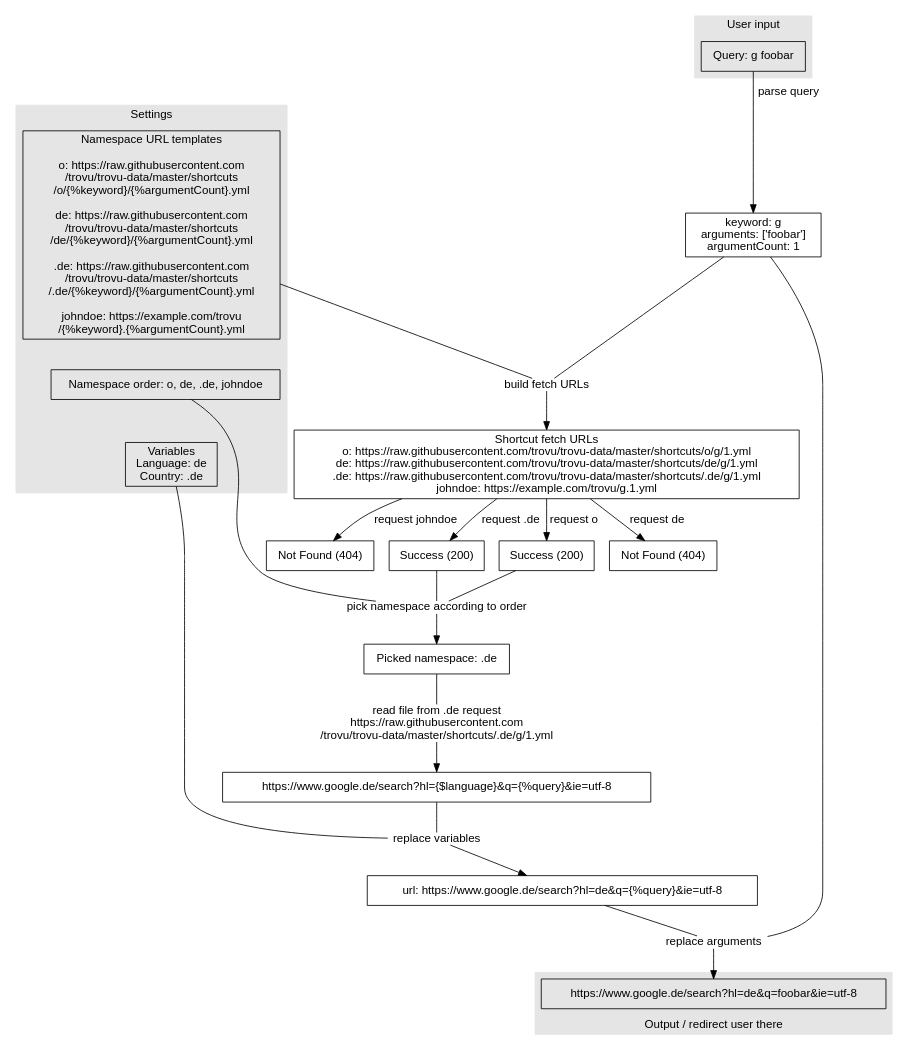
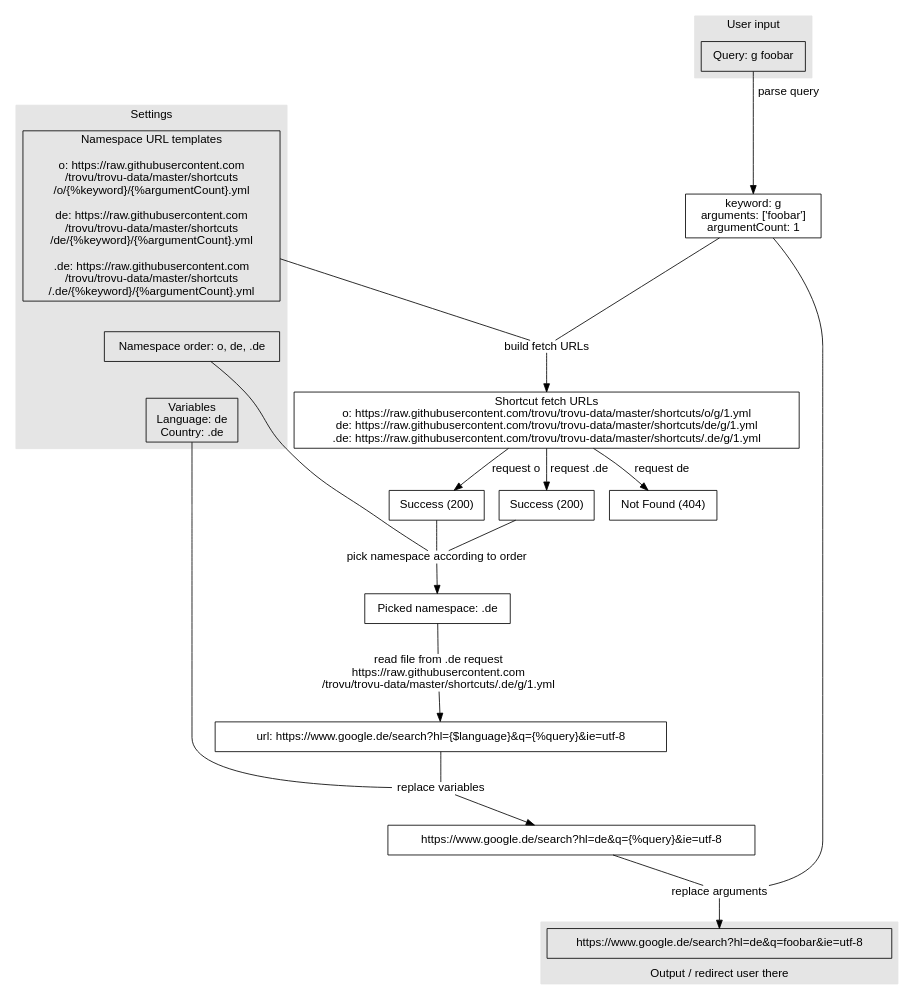
One commit to trovu/trovu.github.io changed the diagram in img/process.basic.dot. Above: the diagram before and after it, drawn with Graphviz.

Commit message:
Remove user.

```diff
--- a/img/process.basic.dot
+++ b/img/process.basic.dot
@@ -1,92 +1,86 @@
 digraph {
 
   node [shape="rectangle"]
   graph [fontname = "helvetica"];
   node [fontname = "helvetica"];
   edge [fontname = "helvetica"];
 
   subgraph cluster_input {
     label="User input";
     style=filled;
     color=gray90;
     query [label="Query: g foobar"];
   }
   subgraph cluster_settings {
     label="Settings";
     style=filled;
     color=gray90;
     namespaceUrlTemplates -> namespaceOrder [style="invis"];
     namespaceOrder ->  variables [style="invis"];
     variables [label="Variables\nLanguage: de\nCountry: .de"]
-    namespaceOrder [label="Namespace order: o, de, .de, johndoe"];
+    namespaceOrder [label="Namespace order: o, de, .de"];
     namespaceUrlTemplates [label="Namespace URL templates
 
 o: https://raw.githubusercontent.com
 /trovu/trovu-data/master/shortcuts
 /o/{%keyword}/{%argumentCount}.yml
 
 de: https://raw.githubusercontent.com
 /trovu/trovu-data/master/shortcuts
 /de/{%keyword}/{%argumentCount}.yml
 
 .de: https://raw.githubusercontent.com
 /trovu/trovu-data/master/shortcuts
 /.de/{%keyword}/{%argumentCount}.yml
-
-johndoe: https://example.com/trovu
-/{%keyword}.{%argumentCount}.yml
 "];
   }
   subgraph cluster_output {
     label="Output / redirect user there";
     labelloc=b;
     style=filled;
     color=gray90;
     redirectUrlReplacedArguments[label="https://www.google.de/search?hl=de&q=foobar&ie=utf-8"]
   }
 
   parsedQuery [label="keyword: g\narguments: ['foobar']\nargumentCount: 1"];
   shortcutFetchUrls [label="Shortcut fetch URLs
 o: https://raw.githubusercontent.com/trovu/trovu-data/master/shortcuts/o/g/1.yml
 de: https://raw.githubusercontent.com/trovu/trovu-data/master/shortcuts/de/g/1.yml
 .de: https://raw.githubusercontent.com/trovu/trovu-data/master/shortcuts/.de/g/1.yml
-johndoe: https://example.com/trovu/g.1.yml
 "];
 
   responseO [label="Success (200)"];
   responseDe [label="Not Found (404)"];
   responseDotDe [label="Success (200)"];
-  responseJohnDoe [label="Not Found (404)"];
-  redirectUrlDotDe [label="https://www.google.de/search?hl={$language}&q={%query}&ie=utf-8"];
+  redirectUrlDotDe [label="url: https://www.google.de/search?hl={$language}&q={%query}&ie=utf-8"];
   query->parsedQuery [label="parse query"];
   parsedQuery -> buildFetchUrls[arrowhead="none"];
   namespaceUrlTemplates -> buildFetchUrls[arrowhead="none"];
  
   buildFetchUrls [label="build fetch URLs" shape="none" margin=0 width=0 height=0]; 
 
   buildFetchUrls -> shortcutFetchUrls;
   shortcutFetchUrls -> responseO [label="request o"];
   shortcutFetchUrls -> responseDe [label="request de"];
   shortcutFetchUrls -> responseDotDe [label="request .de"];
-  shortcutFetchUrls -> responseJohnDoe [label="request johndoe"];
   responseO -> pickNamespace[arrowhead="none"];
   responseDotDe -> pickNamespace[arrowhead="none"];
   namespaceOrder -> pickNamespace [arrowhead="none"];
 
   pickNamespace [label="pick namespace according to order" shape="none" margin=0 width=0 height=0];
   pickNamespace -> pickedNamespace;
   pickedNamespace [label="Picked namespace: .de"]
   pickedNamespace -> readFile [arrowhead="none"];
   readFile [label="read file from .de request\nhttps://raw.githubusercontent.com
 /trovu/trovu-data/master/shortcuts/.de/g/1.yml" shape="none" margin=0 width=0 height=0];
   readFile -> redirectUrlDotDe; 
-  redirectUrlReplacedVariables[label="url: https://www.google.de/search?hl=de&q={%query}&ie=utf-8"]
+  redirectUrlReplacedVariables[label="https://www.google.de/search?hl=de&q={%query}&ie=utf-8"]
   redirectUrlDotDe -> replaceVariables [arrowhead="none"];
   variables -> replaceVariables [arrowhead="none"];
   replaceVariables [label="replace variables" shape="none" margin=0 width=0 height=0];
   replaceVariables -> redirectUrlReplacedVariables;
   replaceArguments [label="replace arguments" shape="none" margin=0 width=0 height=0];
   redirectUrlReplacedVariables -> replaceArguments [arrowhead="none"];
   parsedQuery -> replaceArguments [arrowhead="none"];
   replaceArguments -> redirectUrlReplacedArguments;
 }
```
